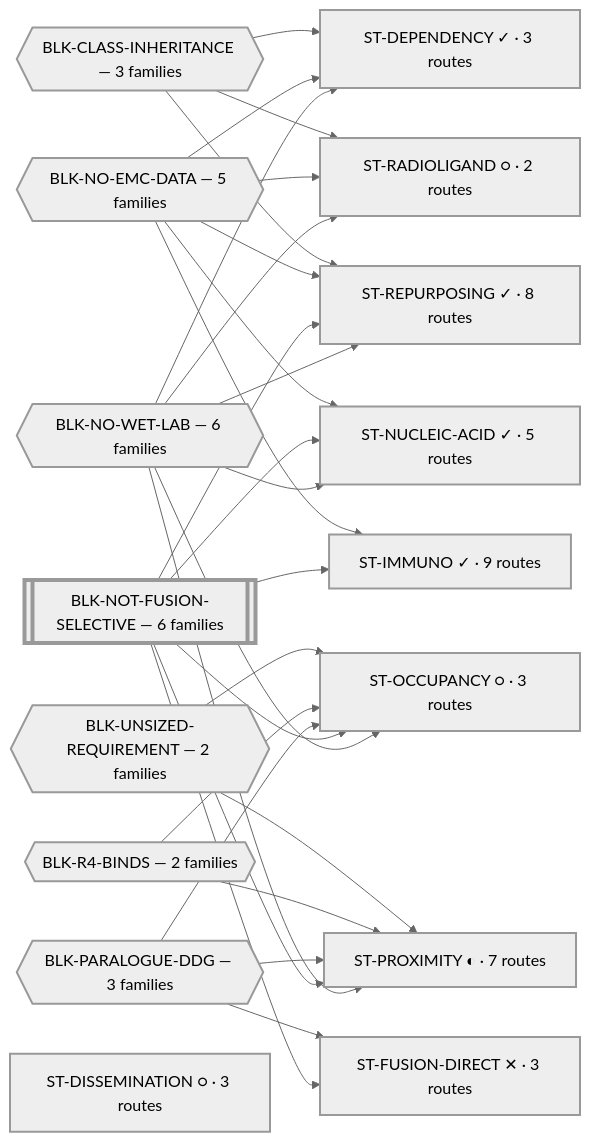
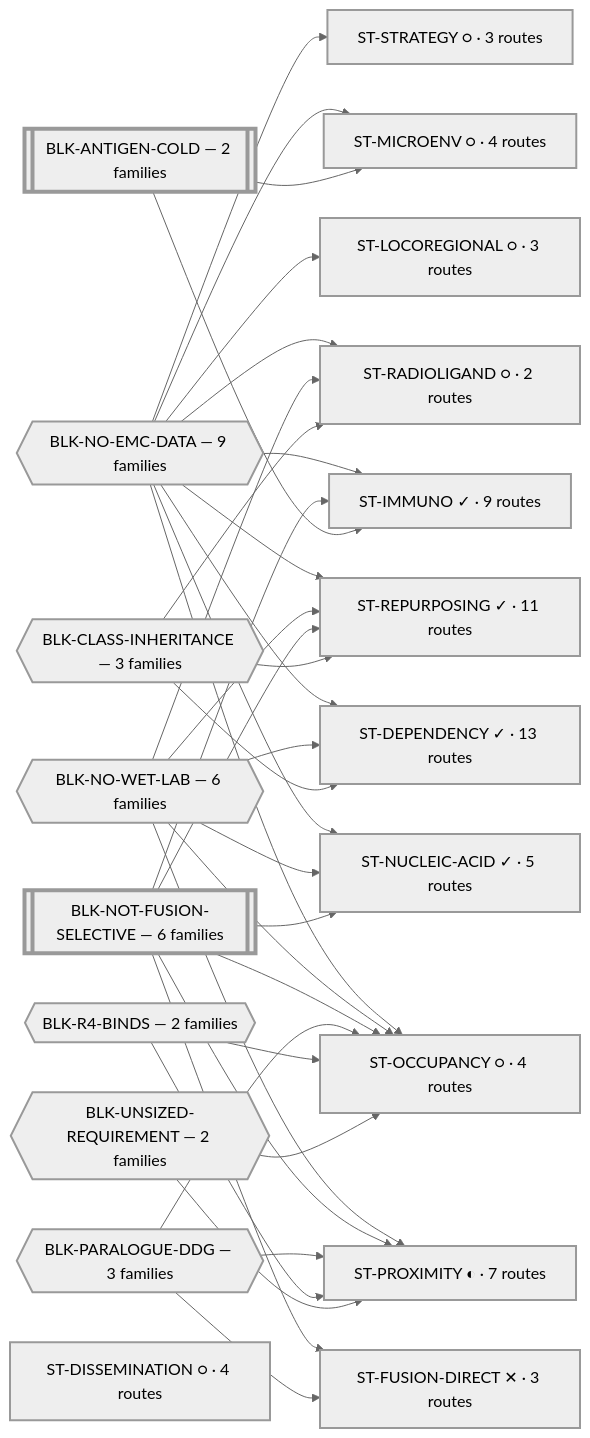
Before and after one commit to trimcrae/Rare-cancers: the diagram in systems/views/L0-ecosystem.md, drawn with Mermaid (neutral theme). The commit also changed other lines of this file and 43 other files, not shown here.

````diff
--- a/systems/views/L0-ecosystem.md
+++ b/systems/views/L0-ecosystem.md
@@ -33,52 +33,62 @@
 ```mermaid
 flowchart LR
+  BLK_NO_EMC_DATA{{"BLK-NO-EMC-DATA — 9 families"}}:::blk
   BLK_NO_WET_LAB{{"BLK-NO-WET-LAB — 6 families"}}:::blk
   BLK_NOT_FUSION_SELECTIVE[["BLK-NOT-FUSION-SELECTIVE — 6 families"]]:::perm
-  BLK_NO_EMC_DATA{{"BLK-NO-EMC-DATA — 5 families"}}:::blk
   BLK_CLASS_INHERITANCE{{"BLK-CLASS-INHERITANCE — 3 families"}}:::blk
   BLK_PARALOGUE_DDG{{"BLK-PARALOGUE-DDG — 3 families"}}:::blk
+  BLK_ANTIGEN_COLD[["BLK-ANTIGEN-COLD — 2 families"]]:::perm
   BLK_R4_BINDS{{"BLK-R4-BINDS — 2 families"}}:::blk
   BLK_UNSIZED_REQUIREMENT{{"BLK-UNSIZED-REQUIREMENT — 2 families"}}:::blk
 
+  ST_DEPENDENCY["ST-DEPENDENCY ✓ · 13 routes"]:::fam
+  ST_REPURPOSING["ST-REPURPOSING ✓ · 11 routes"]:::fam
   ST_IMMUNO["ST-IMMUNO ✓ · 9 routes"]:::fam
-  ST_REPURPOSING["ST-REPURPOSING ✓ · 8 routes"]:::fam
   ST_PROXIMITY["ST-PROXIMITY ◐ · 7 routes"]:::fam
   ST_NUCLEIC_ACID["ST-NUCLEIC-ACID ✓ · 5 routes"]:::fam
-  ST_DEPENDENCY["ST-DEPENDENCY ✓ · 3 routes"]:::fam
-  ST_DISSEMINATION["ST-DISSEMINATION ○ · 3 routes"]:::fam
+  ST_DISSEMINATION["ST-DISSEMINATION ○ · 4 routes"]:::fam
+  ST_MICROENV["ST-MICROENV ○ · 4 routes"]:::fam
+  ST_OCCUPANCY["ST-OCCUPANCY ○ · 4 routes"]:::fam
   ST_FUSION_DIRECT["ST-FUSION-DIRECT ✕ · 3 routes"]:::fam
-  ST_OCCUPANCY["ST-OCCUPANCY ○ · 3 routes"]:::fam
+  ST_LOCOREGIONAL["ST-LOCOREGIONAL ○ · 3 routes"]:::fam
+  ST_STRATEGY["ST-STRATEGY ○ · 3 routes"]:::fam
   ST_RADIOLIGAND["ST-RADIOLIGAND ○ · 2 routes"]:::fam
 
+  BLK_NO_EMC_DATA --> ST_DEPENDENCY
+  BLK_NO_EMC_DATA --> ST_IMMUNO
+  BLK_NO_EMC_DATA --> ST_LOCOREGIONAL
+  BLK_NO_EMC_DATA --> ST_MICROENV
+  BLK_NO_EMC_DATA --> ST_NUCLEIC_ACID
+  BLK_NO_EMC_DATA --> ST_OCCUPANCY
+  BLK_NO_EMC_DATA --> ST_RADIOLIGAND
+  BLK_NO_EMC_DATA --> ST_REPURPOSING
+  BLK_NO_EMC_DATA --> ST_STRATEGY
   BLK_NO_WET_LAB --> ST_DEPENDENCY
   BLK_NO_WET_LAB --> ST_NUCLEIC_ACID
   BLK_NO_WET_LAB --> ST_OCCUPANCY
   BLK_NO_WET_LAB --> ST_PROXIMITY
   BLK_NO_WET_LAB --> ST_RADIOLIGAND
   BLK_NO_WET_LAB --> ST_REPURPOSING
   BLK_NOT_FUSION_SELECTIVE --> ST_FUSION_DIRECT
   BLK_NOT_FUSION_SELECTIVE --> ST_IMMUNO
   BLK_NOT_FUSION_SELECTIVE --> ST_NUCLEIC_ACID
   BLK_NOT_FUSION_SELECTIVE --> ST_OCCUPANCY
   BLK_NOT_FUSION_SELECTIVE --> ST_PROXIMITY
   BLK_NOT_FUSION_SELECTIVE --> ST_REPURPOSING
-  BLK_NO_EMC_DATA --> ST_DEPENDENCY
-  BLK_NO_EMC_DATA --> ST_IMMUNO
-  BLK_NO_EMC_DATA --> ST_NUCLEIC_ACID
-  BLK_NO_EMC_DATA --> ST_RADIOLIGAND
-  BLK_NO_EMC_DATA --> ST_REPURPOSING
   BLK_CLASS_INHERITANCE --> ST_DEPENDENCY
   BLK_CLASS_INHERITANCE --> ST_RADIOLIGAND
   BLK_CLASS_INHERITANCE --> ST_REPURPOSING
   BLK_PARALOGUE_DDG --> ST_FUSION_DIRECT
   BLK_PARALOGUE_DDG --> ST_OCCUPANCY
   BLK_PARALOGUE_DDG --> ST_PROXIMITY
+  BLK_ANTIGEN_COLD --> ST_IMMUNO
+  BLK_ANTIGEN_COLD --> ST_MICROENV
   BLK_R4_BINDS --> ST_OCCUPANCY
   BLK_R4_BINDS --> ST_PROXIMITY
   BLK_UNSIZED_REQUIREMENT --> ST_OCCUPANCY
   BLK_UNSIZED_REQUIREMENT --> ST_PROXIMITY
   classDef fam stroke-width:2px;
   classDef blk stroke-width:2px;
   classDef perm stroke-width:4px;
   classDef tech stroke-width:1px,stroke-dasharray:4 3;
 ```
````
